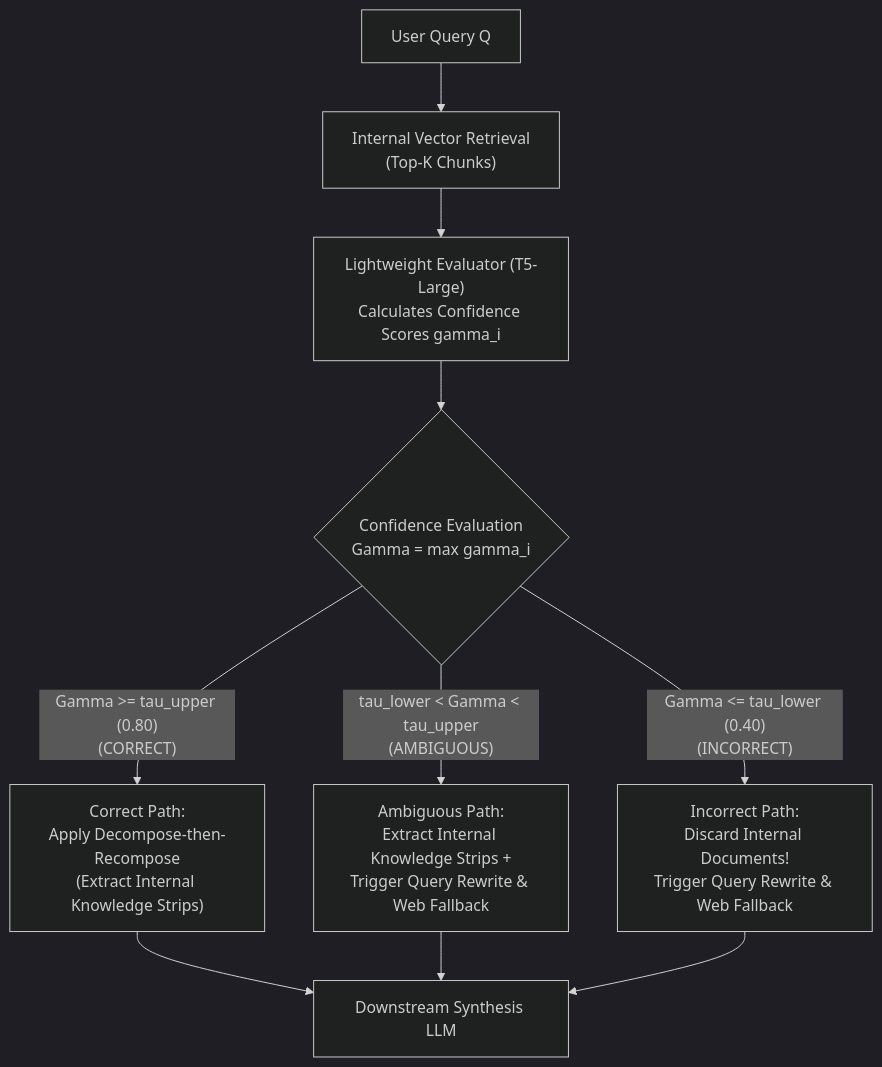
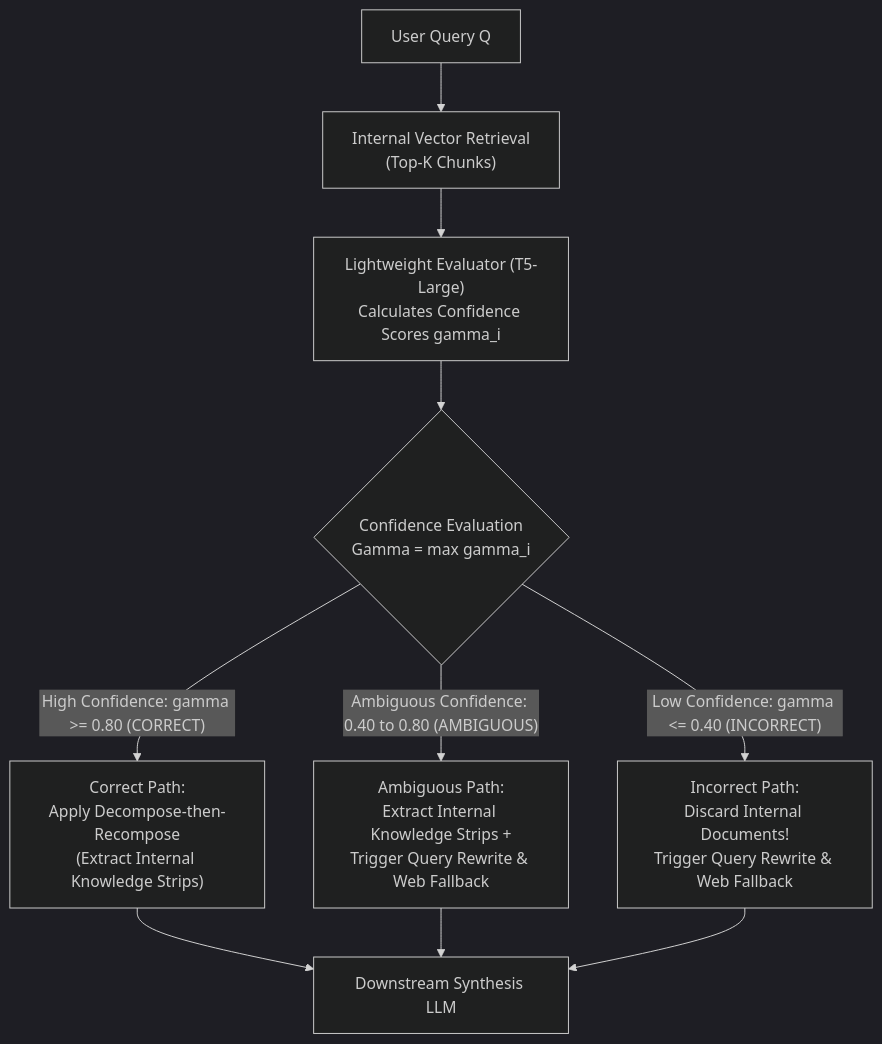
One commit to divyansh070/ml_notes changed the second of 4 diagrams in rag-guide/06-advanced-agentic-rag.md. Above: the diagram before and after it, drawn with Mermaid (dark theme). The commit also changed other lines of this file and 8 other files, not shown here.

Commit message:
fix(rag-guide): resolve Mermaid syntax, xychart, and MathJax rendering issues for GitHub

````diff
--- a/rag-guide/06-advanced-agentic-rag.md
+++ b/rag-guide/06-advanced-agentic-rag.md
@@ -157,17 +157,17 @@
 ```mermaid
 flowchart TD
-    QUERY["User Query Q"] --> RETRIEVE["Internal Vector Retrieval<br/>(Top-K Chunks)"]
-    RETRIEVE --> EVAL["Lightweight Evaluator (T5-Large)<br/>Calculates Confidence Scores gamma_i"]
+    QUERY["User Query Q"] --> RETRIEVE["Internal Vector Retrieval<br>(Top-K Chunks)"]
+    RETRIEVE --> EVAL["Lightweight Evaluator (T5-Large)<br>Calculates Confidence Scores gamma_i"]
     
-    EVAL --> THRESHOLD{"Confidence Evaluation<br/>Gamma = max gamma_i"}
+    EVAL --> THRESHOLD{"Confidence Evaluation<br>Gamma = max gamma_i"}
     
-    THRESHOLD -->|"Gamma >= tau_upper (0.80)<br/>(CORRECT)"| PASS["Correct Path:<br/>Apply Decompose-then-Recompose<br/>(Extract Internal Knowledge Strips)"]
+    THRESHOLD -->|"High Confidence: gamma >= 0.80 (CORRECT)"| PASS["Correct Path:<br>Apply Decompose-then-Recompose<br>(Extract Internal Knowledge Strips)"]
     
-    THRESHOLD -->|"tau_lower < Gamma < tau_upper<br/>(AMBIGUOUS)"| HYBRID["Ambiguous Path:<br/>Extract Internal Knowledge Strips +<br/>Trigger Query Rewrite & Web Fallback"]
+    THRESHOLD -->|"Ambiguous Confidence: 0.40 to 0.80 (AMBIGUOUS)"| HYBRID["Ambiguous Path:<br>Extract Internal Knowledge Strips +<br>Trigger Query Rewrite & Web Fallback"]
     
-    THRESHOLD -->|"Gamma <= tau_lower (0.40)<br/>(INCORRECT)"| REWRITE["Incorrect Path:<br/>Discard Internal Documents!<br/>Trigger Query Rewrite & Web Fallback"]
+    THRESHOLD -->|"Low Confidence: gamma <= 0.40 (INCORRECT)"| REWRITE["Incorrect Path:<br>Discard Internal Documents!<br>Trigger Query Rewrite & Web Fallback"]
     
     PASS --> GENERATOR["Downstream Synthesis LLM"]
     HYBRID --> GENERATOR
     REWRITE --> GENERATOR
 ```
````
